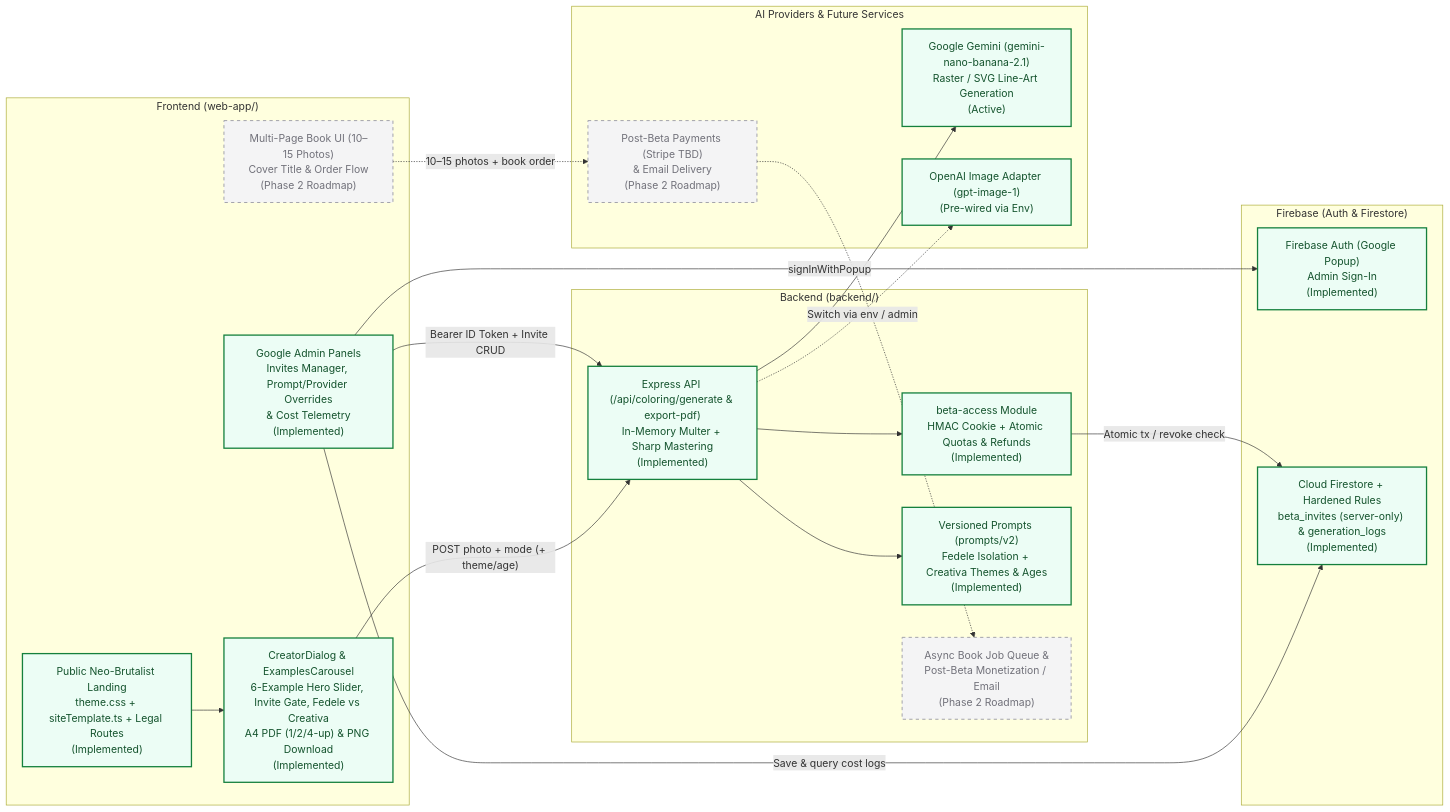
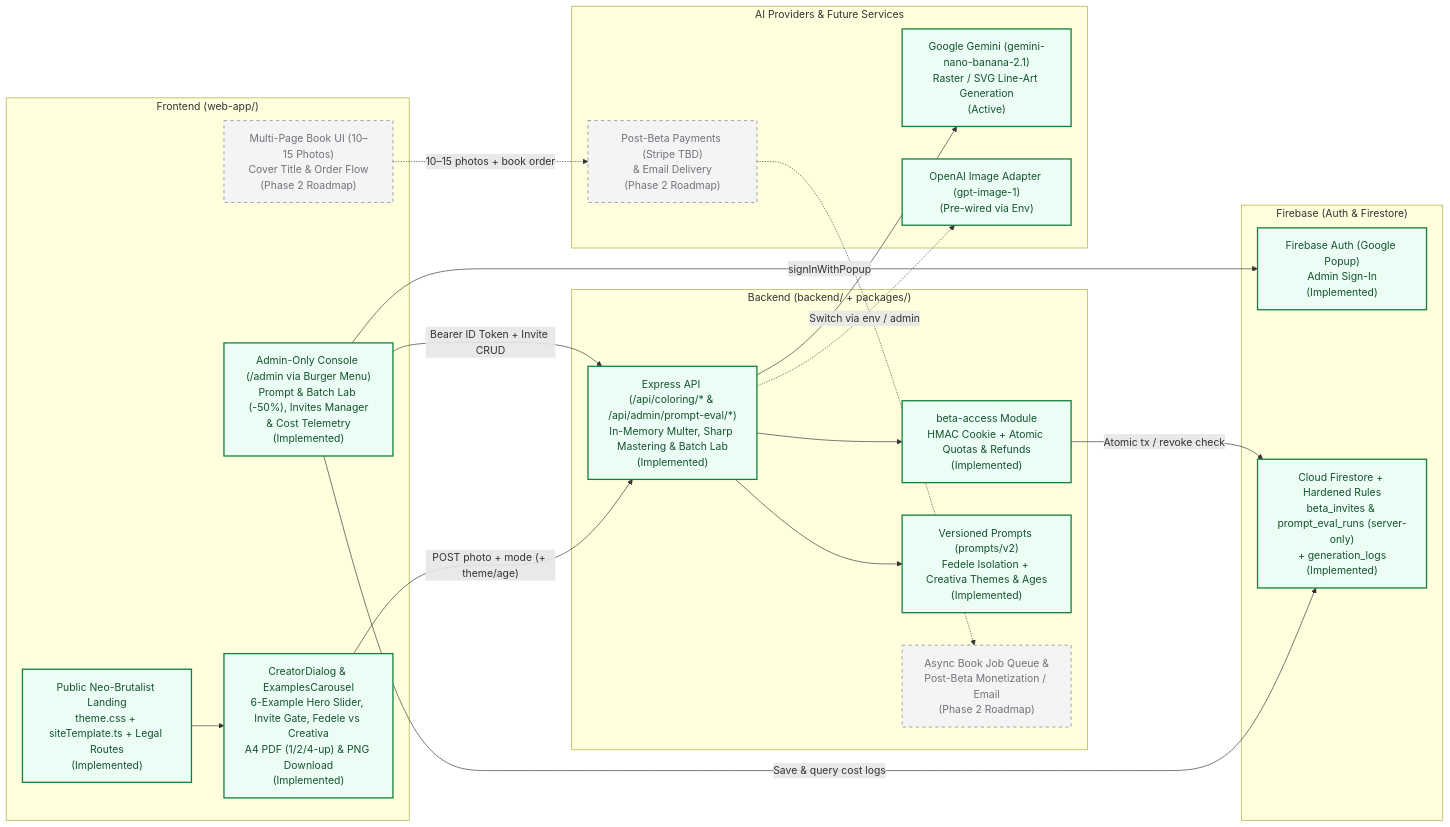
The diagram in README.md (MarcoFierimonte/ColoraStoriaAI), drawn with Mermaid before and after one commit. The commit also changed other lines of this file and 51 other files, not shown here.

Commit message:
feat(admin): add reusable prompt-eval packages, /admin console, and burger menu

````diff
--- a/README.md
+++ b/README.md
@@ -50,44 +57,44 @@
 ```mermaid
 flowchart LR
   subgraph Client["Frontend (web-app/)"]
     Landing["Public Neo-Brutalist Landing<br/>theme.css + siteTemplate.ts + Legal Routes<br/>(Implemented)"]:::done
     Creator["CreatorDialog & ExamplesCarousel<br/>6-Example Hero Slider, Invite Gate, Fedele vs Creativa<br/>A4 PDF (1/2/4-up) & PNG Download<br/>(Implemented)"]:::done
-    AdminUI["Google Admin Panels<br/>Invites Manager, Prompt/Provider Overrides<br/>& Cost Telemetry<br/>(Implemented)"]:::done
+    AdminUI["Admin-Only Console (/admin via Burger Menu)<br/>Prompt & Batch Lab (-50%), Invites Manager<br/>& Cost Telemetry<br/>(Implemented)"]:::done
     BookUI["Multi-Page Book UI (10–15 Photos)<br/>Cover Title & Order Flow<br/>(Phase 2 Roadmap)"]:::pending
   end
 
   subgraph Firebase["Firebase (Auth & Firestore)"]
     FirebaseAuth["Firebase Auth (Google Popup)<br/>Admin Sign-In<br/>(Implemented)"]:::done
-    Firestore["Cloud Firestore + Hardened Rules<br/>beta_invites (server-only) & generation_logs<br/>(Implemented)"]:::done
+    Firestore["Cloud Firestore + Hardened Rules<br/>beta_invites & prompt_eval_runs (server-only)<br/>+ generation_logs<br/>(Implemented)"]:::done
   end
 
-  subgraph Server["Backend (backend/)"]
+  subgraph Server["Backend (backend/ + packages/)"]
     BetaGate["beta-access Module<br/>HMAC Cookie + Atomic Quotas & Refunds<br/>(Implemented)"]:::done
-    API["Express API (/api/coloring/generate & export-pdf)<br/>In-Memory Multer + Sharp Mastering<br/>(Implemented)"]:::done
+    API["Express API (/api/coloring/* & /api/admin/prompt-eval/*)<br/>In-Memory Multer, Sharp Mastering & Batch Lab<br/>(Implemented)"]:::done
     Prompts["Versioned Prompts (prompts/v2)<br/>Fedele Isolation + Creativa Themes & Ages<br/>(Implemented)"]:::done
     JobQueue["Async Book Job Queue &<br/>Post-Beta Monetization / Email<br/>(Phase 2 Roadmap)"]:::pending
   end
 
   subgraph External["AI Providers & Future Services"]
     Gemini["Google Gemini (gemini-nano-banana-2.1)<br/>Raster / SVG Line-Art Generation<br/>(Active)"]:::done
     OpenAI["OpenAI Image Adapter (gpt-image-1)<br/>(Pre-wired via Env)"]:::done
     Monetization["Post-Beta Payments (Stripe TBD)<br/>& Email Delivery<br/>(Phase 2 Roadmap)"]:::pending
   end
 
   Landing --> Creator
   Creator -->|"POST photo + mode (+ theme/age)"| API
   AdminUI -->|"signInWithPopup"| FirebaseAuth
   AdminUI -->|"Bearer ID Token + Invite CRUD"| API
   AdminUI -->|"Save & query cost logs"| Firestore
   BookUI -.->|"10–15 photos + book order"| Monetization
 
   API --> BetaGate
   BetaGate -->|"Atomic tx / revoke check"| Firestore
   API --> Prompts
   API --> Gemini
   API -.->|"Switch via env / admin"| OpenAI
   Monetization -.-> JobQueue
 
   classDef done fill:#ecfdf5,stroke:#15803d,stroke-width:2px,color:#14532d
   classDef pending fill:#f4f4f5,stroke:#a1a1aa,stroke-width:1.5px,stroke-dasharray:5 5,color:#71717a
 ```
````
